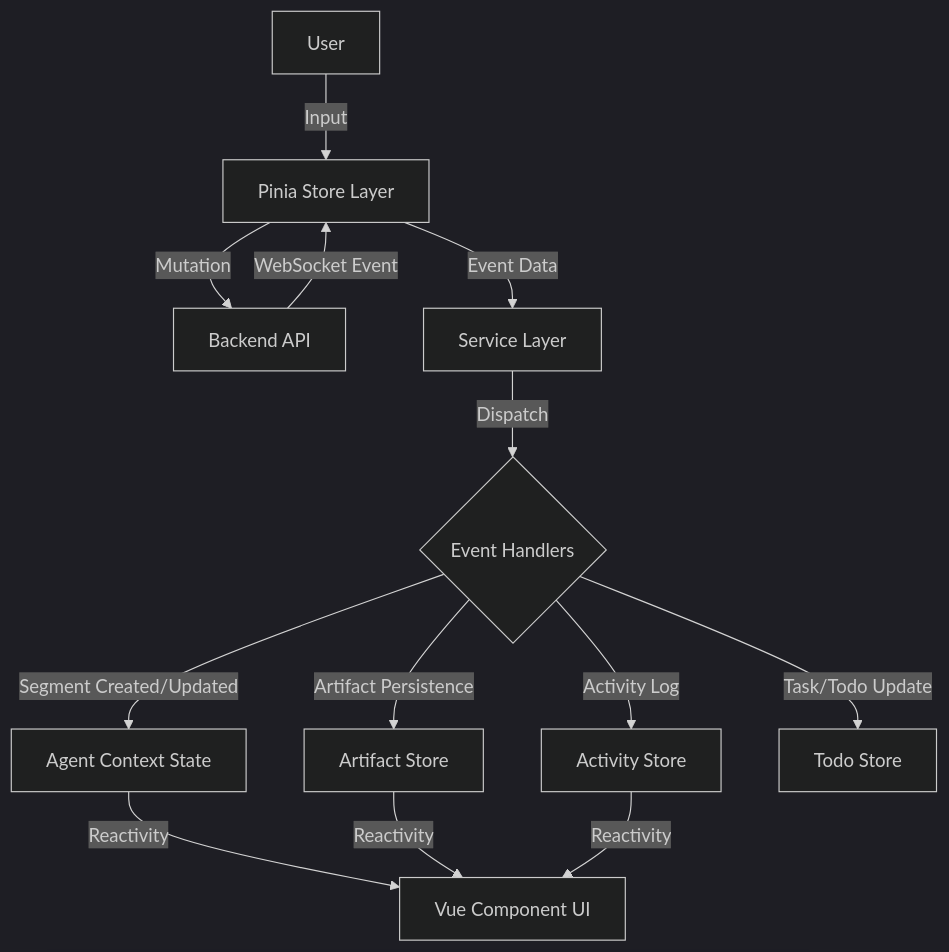
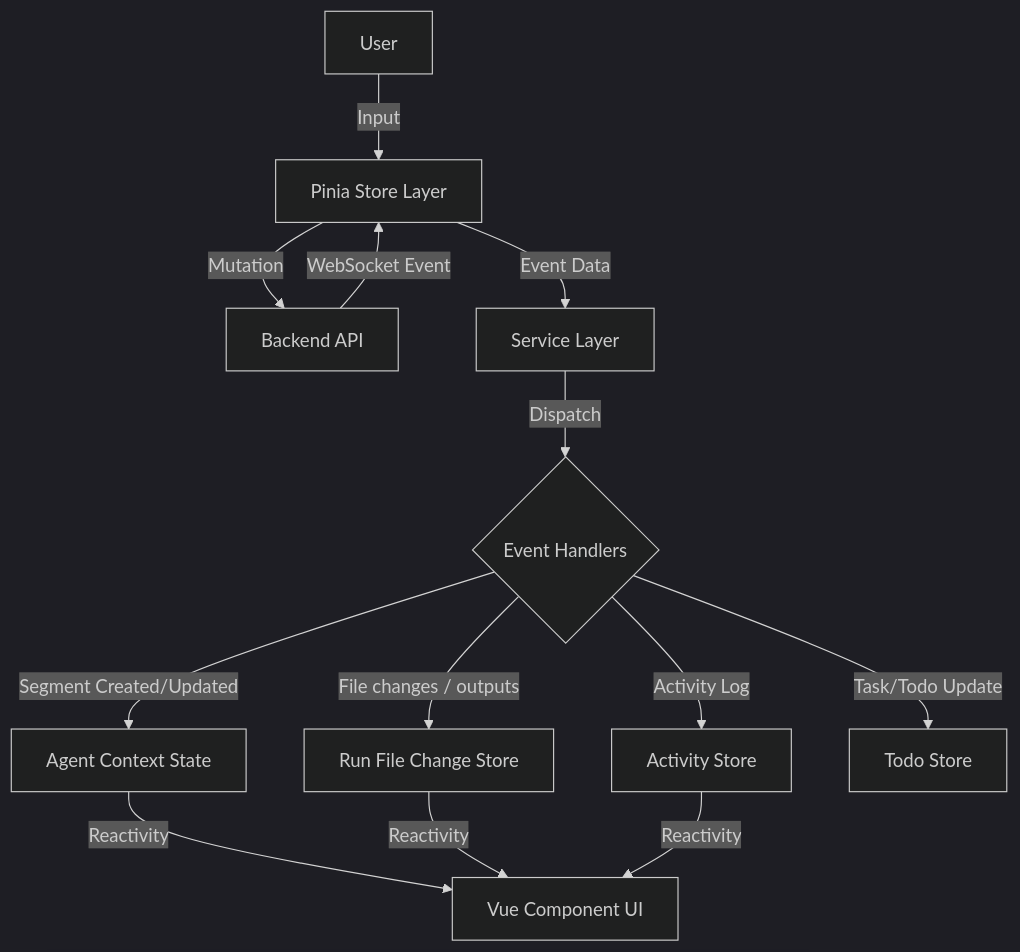
Before and after one commit to AutoByteus/autobyteus-workspace: the diagram in autobyteus-web/docs/agent_execution_architecture.md, drawn with Mermaid (dark theme). The commit also changed other lines of this file and 63 other files, not shown here.

````diff
--- a/autobyteus-web/docs/agent_execution_architecture.md
+++ b/autobyteus-web/docs/agent_execution_architecture.md
@@ -13,18 +13,18 @@
 ```mermaid
 graph TD
     User-->|Input| Store[Pinia Store Layer]
     Store-->|Mutation| Backend[Backend API]
     Backend-->|WebSocket Event| Store
     Store-->|Event Data| Service[Service Layer]
 
     Service-->|Dispatch| Handler{Event Handlers}
 
     Handler-->|Segment Created/Updated| Context[Agent Context State]
-    Handler-->|Artifact Persistence| ArtifactStore[Artifact Store]
+    Handler-->|File changes / outputs| RunFileChangeStore[Run File Change Store]
     Handler-->|Activity Log| ActivityStore[Activity Store]
     Handler-->|Task/Todo Update| TodoStore[Todo Store]
 
     Context-->|Reactivity| UI[Vue Component UI]
-    ArtifactStore-->|Reactivity| UI
+    RunFileChangeStore-->|Reactivity| UI
     ActivityStore-->|Reactivity| UI
 ```
````
